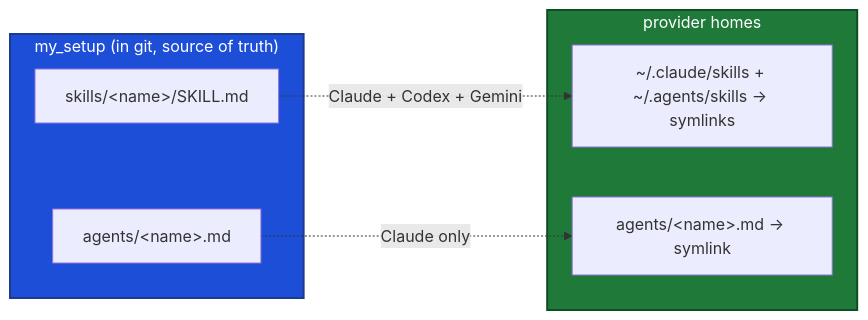
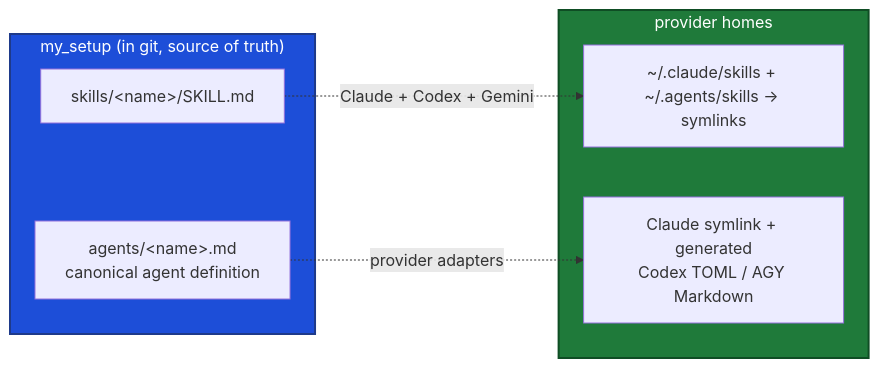
Before and after one commit to mahsanamin/agentic-devkit: the diagram in AGENTS.md, drawn with Mermaid. The commit also changed other lines of this file and 16 other files, not shown here.

Commit message:
Add native Codex and AGY subagents

````diff
--- a/AGENTS.md
+++ b/AGENTS.md
@@ -32,15 +34,15 @@
 ```mermaid
 flowchart LR
     subgraph repo["my_setup (in git, source of truth)"]
         SK["skills/&lt;name&gt;/SKILL.md"]
-        AG["agents/&lt;name&gt;.md"]
+        AG["agents/&lt;name&gt;.md<br/>canonical agent definition"]
     end
     subgraph global["provider homes"]
         LSK["~/.claude/skills + ~/.agents/skills -> symlinks"]
-        LAG["agents/&lt;name&gt;.md -> symlink"]
+        LAG["Claude symlink + generated<br/>Codex TOML / AGY Markdown"]
     end
     SK -. "Claude + Codex + Gemini" .-> LSK
-    AG -. "Claude only" .-> LAG
+    AG -. "provider adapters" .-> LAG
     style repo fill:#1d4ed8,stroke:#1e3a8a,color:#ffffff,stroke-width:2px
     style global fill:#1f7a3a,stroke:#0f4d24,color:#ffffff,stroke-width:2px
 ```
````
